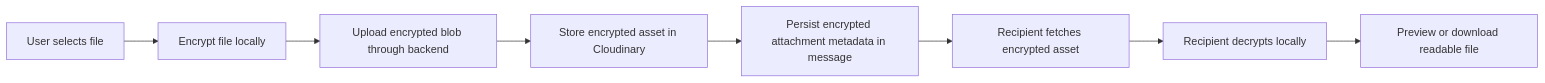
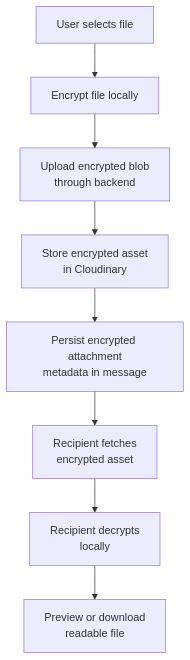
The fifth of 11 diagrams in README.md (009-KumarJi/NoviConnect), drawn with Mermaid before and after one commit. The commit also changed other lines of this file, not shown here.

Commit message:
feat: enhance README with updated flowcharts for authentication, OTP signup, secure messaging, and attachment processes

````diff
--- a/README.md
+++ b/README.md
@@ -381,10 +392,13 @@
 ```mermaid
-flowchart LR
-    A[User selects file] --> B[Encrypt file locally]
-    B --> C[Upload encrypted blob through backend]
-    C --> D[Store encrypted asset in Cloudinary]
-    D --> E[Persist encrypted attachment metadata in message]
-    E --> F[Recipient fetches encrypted asset]
-    F --> G[Recipient decrypts locally]
-    G --> H[Preview or download readable file]
+flowchart TB
+    A[User selects file]
+    B[Encrypt file locally]
+    C[Upload encrypted blob<br/>through backend]
+    D[Store encrypted asset<br/>in Cloudinary]
+    E[Persist encrypted attachment<br/>metadata in message]
+    F[Recipient fetches<br/>encrypted asset]
+    G[Recipient decrypts<br/>locally]
+    H[Preview or download<br/>readable file]
+
+    A --> B --> C --> D --> E --> F --> G --> H
 ```
````
